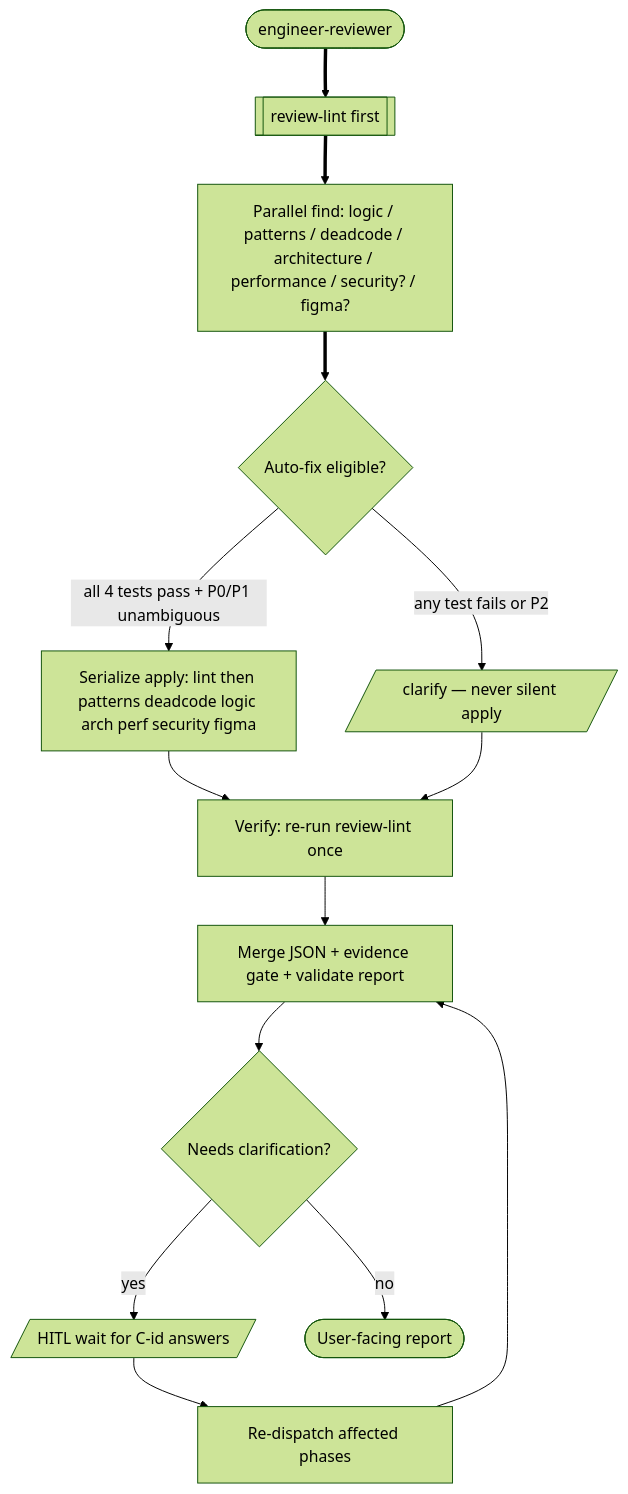
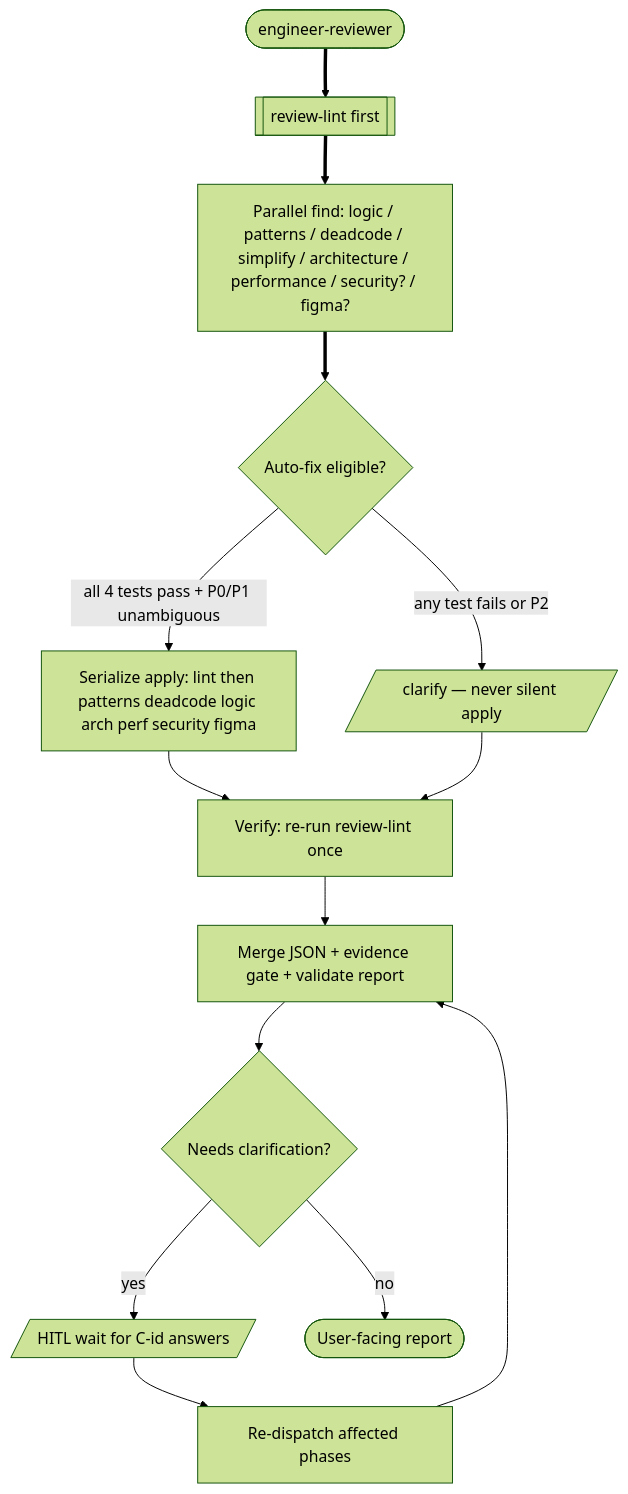
The seventh of 9 diagrams in docs/superpowers/pipeline-flow.md (a-trembak/cursor-spells), drawn with Mermaid (forest theme) before and after one commit. The commit also changed 14 other files, not shown here.

````diff
--- a/docs/superpowers/pipeline-flow.md
+++ b/docs/superpowers/pipeline-flow.md
@@ -270,29 +270,29 @@
 ```mermaid
 flowchart TD
   orch(["engineer-reviewer"])
   lint[["review-lint first"]]
-  parallelFind["Parallel find: logic / patterns / deadcode / architecture / performance / security? / figma?"]
+  parallelFind["Parallel find: logic / patterns / deadcode / simplify / architecture / performance / security? / figma?"]
   autofix{Auto-fix eligible?}
   apply["Serialize apply: lint then patterns deadcode logic arch perf security figma"]
   clarifyItem[/"clarify — never silent apply"/]
   verifyLint["Verify: re-run review-lint once"]
   merge["Merge JSON + evidence gate + validate report"]
   needsClarify{Needs clarification?}
   waitHitl[/"HITL wait for C-id answers"/]
   redispatch["Re-dispatch affected phases"]
   report(["User-facing report"])
 
   orch ==> lint
   lint ==> parallelFind
   parallelFind ==> autofix
   autofix -->|"all 4 tests pass + P0/P1 unambiguous"| apply
   autofix -->|"any test fails or P2"| clarifyItem
   apply --> verifyLint
   clarifyItem --> verifyLint
   verifyLint --> merge
   merge --> needsClarify
   needsClarify -->|"yes"| waitHitl
   waitHitl --> redispatch
   redispatch --> merge
   needsClarify -->|"no"| report
 ```
````
